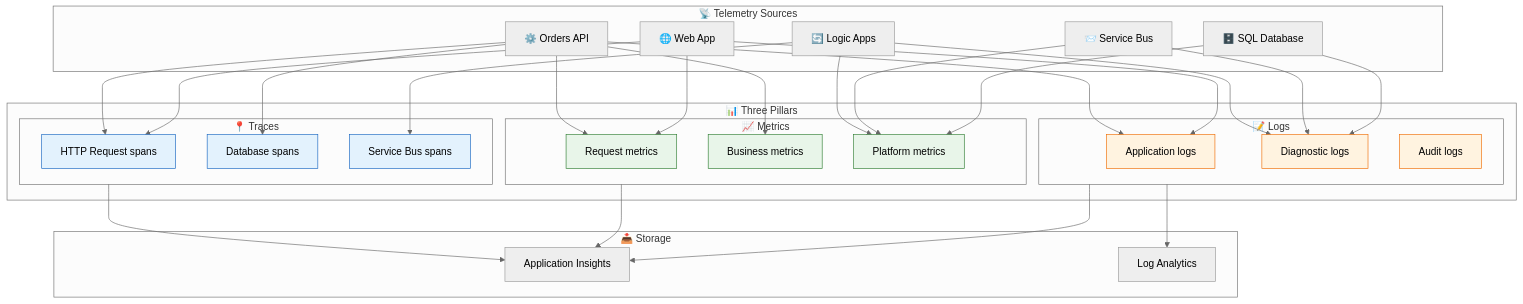
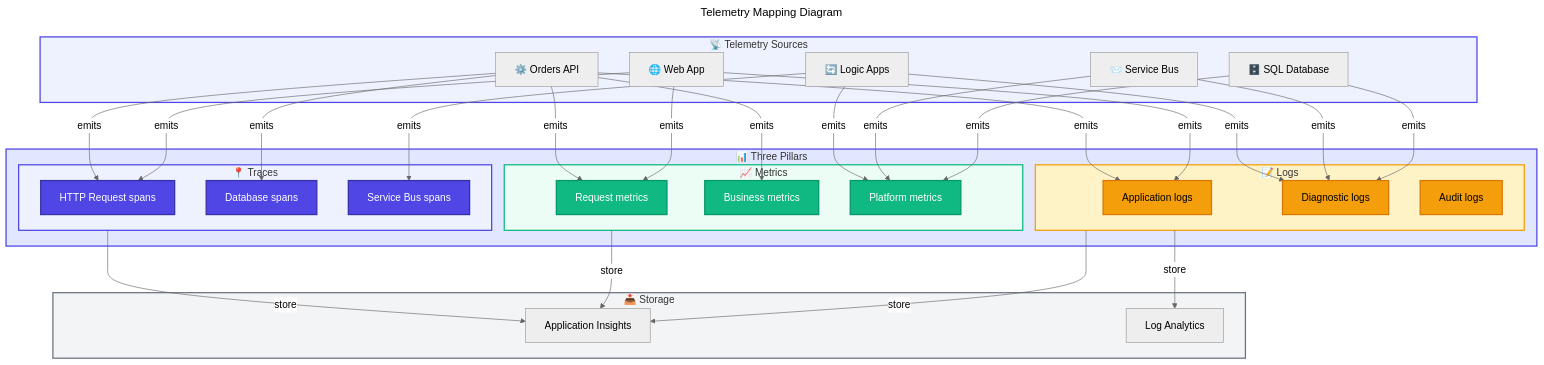
Before and after one commit to Evilazaro/Azure-LogicApps-Monitoring: the fifth of 6 diagrams in docs/architecture/02-data-architecture.md, drawn with Mermaid (neutral theme). The commit also changed other lines of this file, not shown here.

Commit message:
refactor: Enhance data architecture documentation with improved diagrams, connections, and class definitions

````diff
--- a/docs/architecture/02-data-architecture.md
+++ b/docs/architecture/02-data-architecture.md
@@ -293,53 +323,70 @@
 ```mermaid
+---
+title: Telemetry Mapping Diagram
+---
 flowchart TB
+    %% ===== TELEMETRY SOURCES =====
     subgraph Sources["📡 Telemetry Sources"]
         API["⚙️ Orders API"]
         Web["🌐 Web App"]
         LA["🔄 Logic Apps"]
         SB["📨 Service Bus"]
         SQL["🗄️ SQL Database"]
     end
 
+    %% ===== THREE PILLARS =====
     subgraph Pillars["📊 Three Pillars"]
         subgraph Traces["📍 Traces"]
             T1["HTTP Request spans"]
             T2["Database spans"]
             T3["Service Bus spans"]
         end
 
         subgraph Metrics["📈 Metrics"]
             M1["Request metrics"]
             M2["Business metrics"]
             M3["Platform metrics"]
         end
 
         subgraph Logs["📝 Logs"]
             L1["Application logs"]
             L2["Diagnostic logs"]
             L3["Audit logs"]
         end
     end
 
+    %% ===== STORAGE =====
     subgraph Storage["📥 Storage"]
         AI["Application Insights"]
         LAW["Log Analytics"]
     end
 
-    API --> T1 & T2 & M1 & M2 & L1
-    Web --> T1 & M1 & L1
-    LA --> T3 & M3 & L2
-    SB --> M3 & L2
-    SQL --> M3 & L2
+    %% ===== CONNECTIONS =====
+    API -->|"emits"| T1 & T2 & M1 & M2 & L1
+    Web -->|"emits"| T1 & M1 & L1
+    LA -->|"emits"| T3 & M3 & L2
+    SB -->|"emits"| M3 & L2
+    SQL -->|"emits"| M3 & L2
 
-    Traces --> AI
-    Metrics --> AI
-    Logs --> AI & LAW
+    Traces -->|"store"| AI
+    Metrics -->|"store"| AI
+    Logs -->|"store"| AI & LAW
 
-    classDef trace fill:#e3f2fd,stroke:#1565c0
-    classDef metric fill:#e8f5e9,stroke:#2e7d32
-    classDef log fill:#fff3e0,stroke:#ef6c00
+    %% ===== CLASS DEFINITIONS =====
+    classDef primary fill:#4F46E5,stroke:#3730A3,color:#FFFFFF,stroke-width:2px
+    classDef secondary fill:#10B981,stroke:#059669,color:#FFFFFF,stroke-width:2px
+    classDef datastore fill:#F59E0B,stroke:#D97706,color:#000000,stroke-width:2px
 
-    class T1,T2,T3 trace
-    class M1,M2,M3 metric
-    class L1,L2,L3 log
+    %% ===== CLASS ASSIGNMENTS =====
+    class T1,T2,T3 primary
+    class M1,M2,M3 secondary
+    class L1,L2,L3 datastore
+
+    %% ===== SUBGRAPH STYLES =====
+    style Sources fill:#EEF2FF,stroke:#4F46E5,stroke-width:2px
+    style Pillars fill:#E0E7FF,stroke:#4F46E5,stroke-width:2px
+    style Traces fill:#EEF2FF,stroke:#4F46E5,stroke-width:2px
+    style Metrics fill:#ECFDF5,stroke:#10B981,stroke-width:2px
+    style Logs fill:#FEF3C7,stroke:#F59E0B,stroke-width:2px
+    style Storage fill:#F3F4F6,stroke:#6B7280,stroke-width:2px
 ```
````
